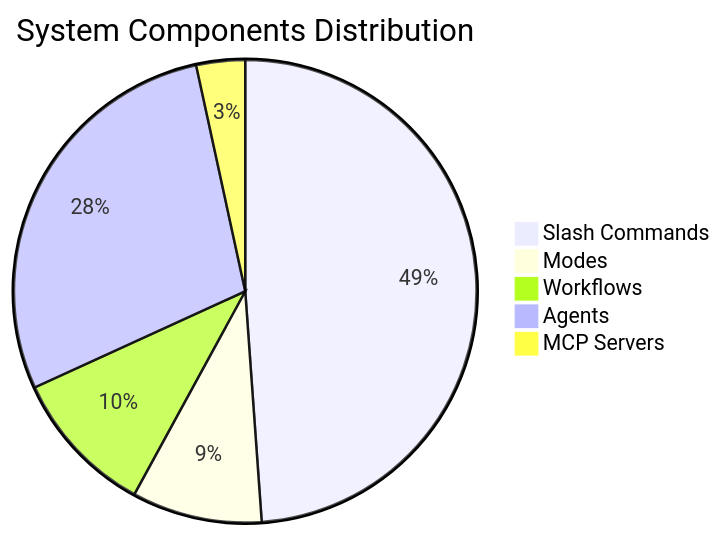
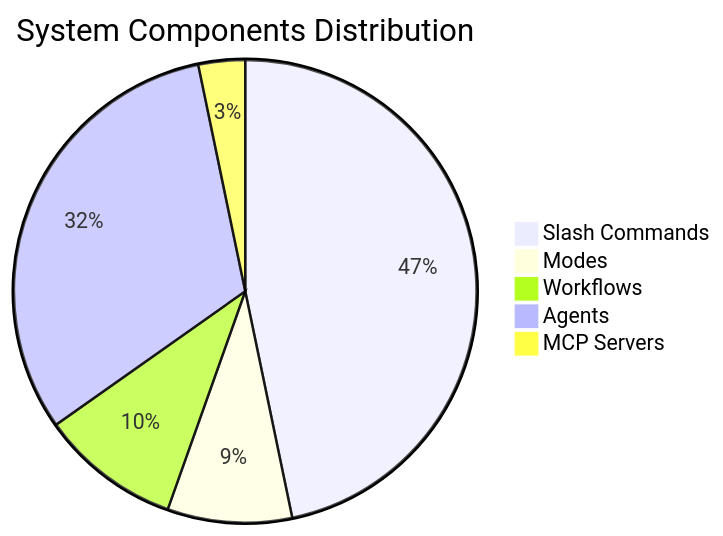
One commit to NickCrew/Claude-Cortex changed the seventh of 9 diagrams in docs/reference/architecture/architecture-diagrams.md. Above: the diagram before and after it, drawn with Mermaid. The commit also changed other lines of this file and 199 other files, not shown here.

````diff
--- a/docs/reference/architecture/architecture-diagrams.md
+++ b/docs/reference/architecture/architecture-diagrams.md
@@ -400,8 +400,8 @@
 ```mermaid
 pie title System Components Distribution
     "Slash Commands" : 43
     "Modes" : 8
     "Workflows" : 9
-    "Agents" : 25
+    "Agents" : 29
     "MCP Servers" : 3
 ```
````
